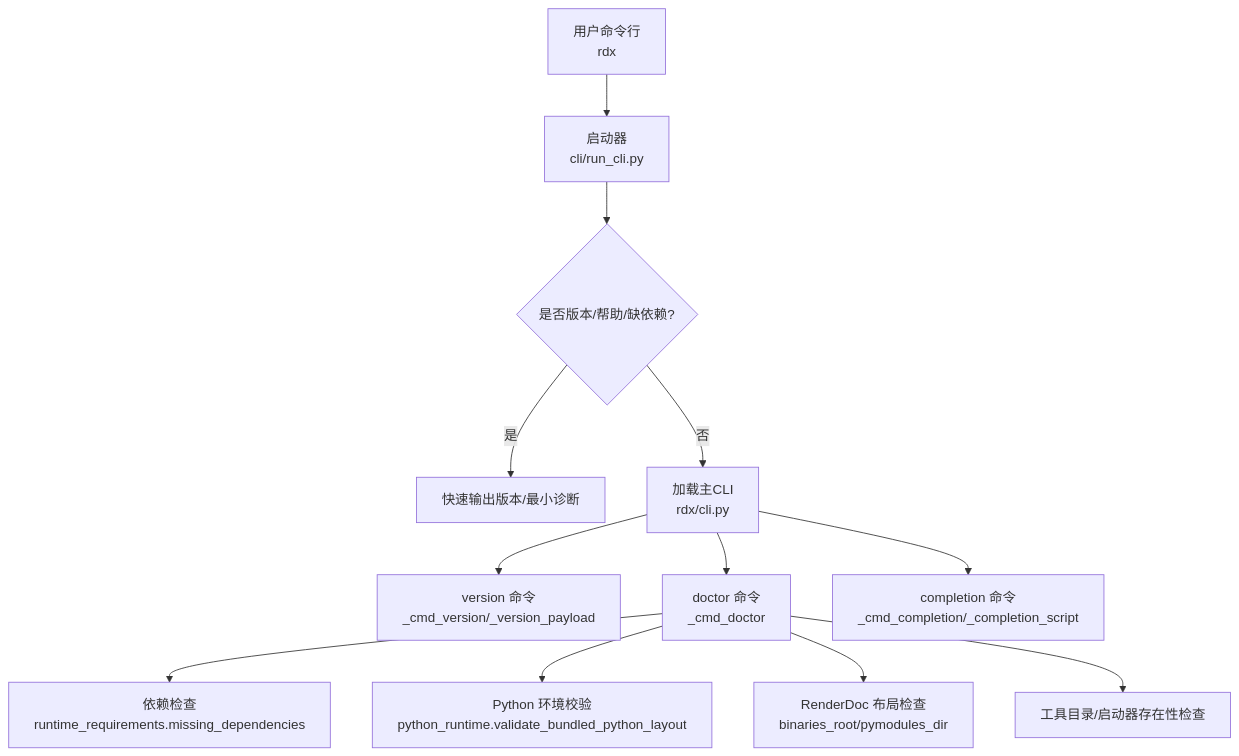
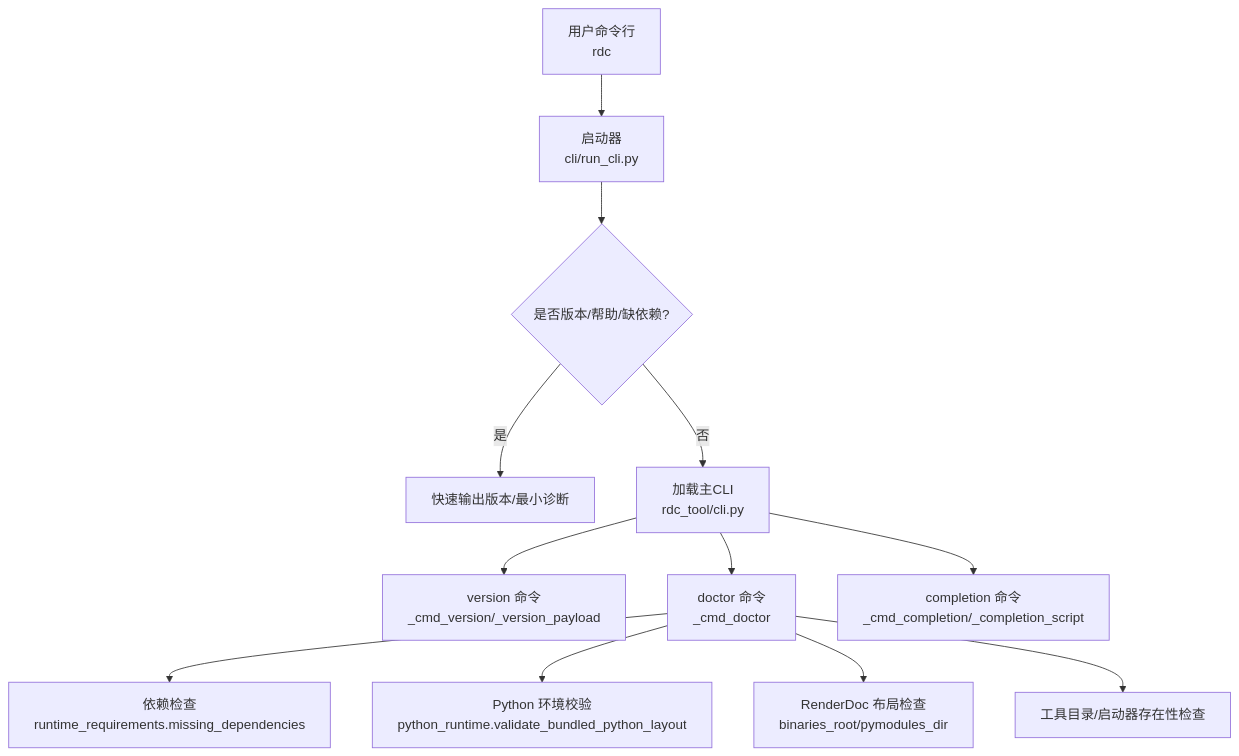
The first of 6 diagrams in .qoder/repowiki/zh/content/CLI参考手册/系统信息命令.md (haolange/RDC-Tool), drawn with Mermaid before and after one commit. The commit also changed other lines of this file and 388 other files, not shown here.

First line of the commit message:
Release RDC-Tool identity and public maintenance surface

````diff
--- a/.qoder/repowiki/zh/content/CLI参考手册/系统信息命令.md
+++ b/.qoder/repowiki/zh/content/CLI参考手册/系统信息命令.md
@@ -45,14 +45,14 @@
 ```mermaid
 graph TB
-A["用户命令行<br/>rdx"] --> B["启动器<br/>cli/run_cli.py"]
+A["用户命令行<br/>rdc"] --> B["启动器<br/>cli/run_cli.py"]
 B --> C{"是否版本/帮助/缺依赖?"}
 C -- 是 --> D["快速输出版本/最小诊断"]
-C -- 否 --> E["加载主CLI<br/>rdx/cli.py"]
+C -- 否 --> E["加载主CLI<br/>rdc_tool/cli.py"]
 E --> F["version 命令<br/>_cmd_version/_version_payload"]
 E --> G["doctor 命令<br/>_cmd_doctor"]
 E --> H["completion 命令<br/>_cmd_completion/_completion_script"]
 G --> I["依赖检查<br/>runtime_requirements.missing_dependencies"]
 G --> J["Python 环境校验<br/>python_runtime.validate_bundled_python_layout"]
 G --> K["RenderDoc 布局检查<br/>binaries_root/pymodules_dir"]
 G --> L["工具目录/启动器存在性检查"]
 ```
````
